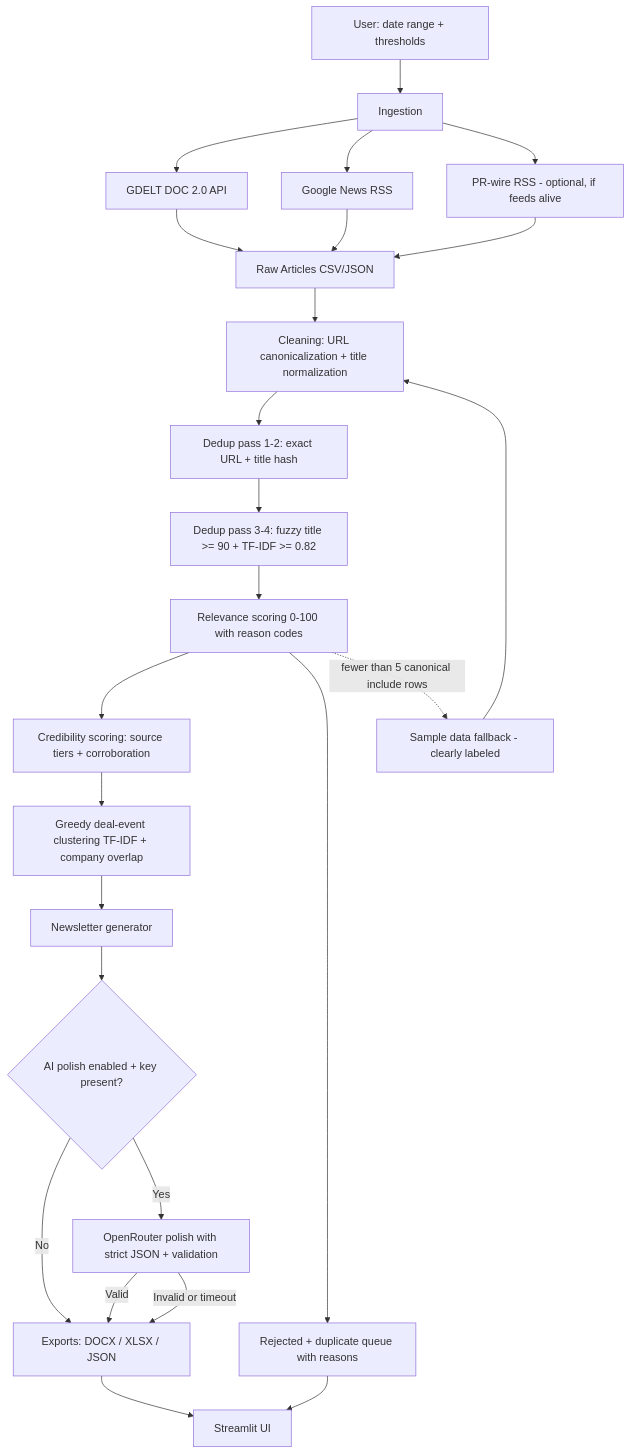
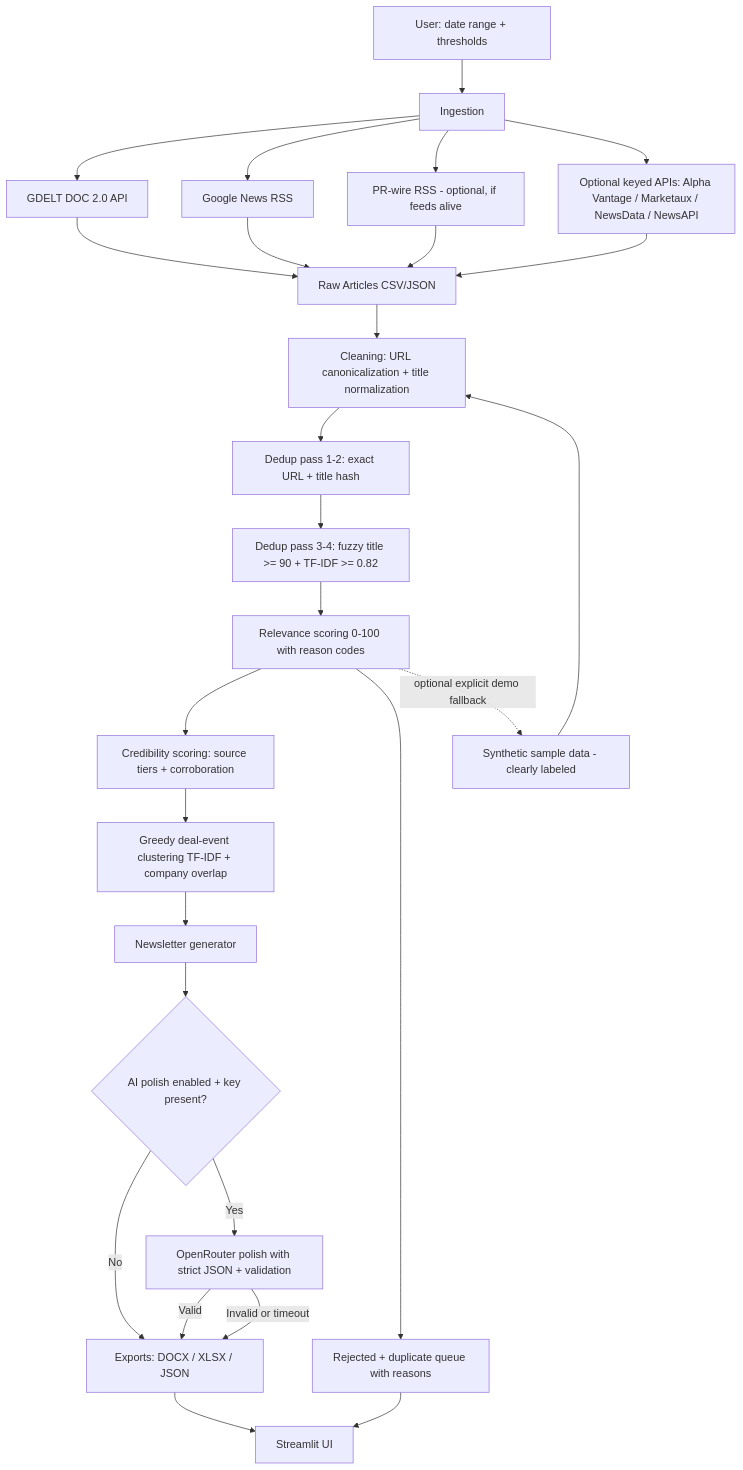
One commit to solpxlb/Benori_assignment changed the diagram in README.md. Above: the diagram before and after it, drawn with Mermaid. The commit also changed other lines of this file and 13 other files, not shown here.

````diff
--- a/README.md
+++ b/README.md
@@ -20,27 +20,29 @@
 ```mermaid
 flowchart TD
     A[User: date range + thresholds] --> B[Ingestion]
     B --> B1[GDELT DOC 2.0 API]
     B --> B2[Google News RSS]
     B --> B3[PR-wire RSS - optional, if feeds alive]
+    B --> B4[Optional keyed APIs: Alpha Vantage / Marketaux / NewsData / NewsAPI]
     B1 --> C[Raw Articles CSV/JSON]
     B2 --> C
     B3 --> C
+    B4 --> C
     C --> D[Cleaning: URL canonicalization + title normalization]
     D --> E[Dedup pass 1-2: exact URL + title hash]
     E --> F[Dedup pass 3-4: fuzzy title >= 90 + TF-IDF >= 0.82]
     F --> G[Relevance scoring 0-100 with reason codes]
     G --> H[Credibility scoring: source tiers + corroboration]
     H --> I[Greedy deal-event clustering TF-IDF + company overlap]
     I --> J[Newsletter generator]
     J --> L{AI polish enabled + key present?}
     L -->|No| K[Exports: DOCX / XLSX / JSON]
     L -->|Yes| O[OpenRouter polish with strict JSON + validation]
     O -->|Valid| K
     O -->|Invalid or timeout| K
     G --> M[Rejected + duplicate queue with reasons]
     K --> N[Streamlit UI]
     M --> N
-    G -. fewer than 5 canonical include rows .-> S[Sample data fallback - clearly labeled]
+    G -. optional explicit demo fallback .-> S[Synthetic sample data - clearly labeled]
     S --> D
 ```
````
